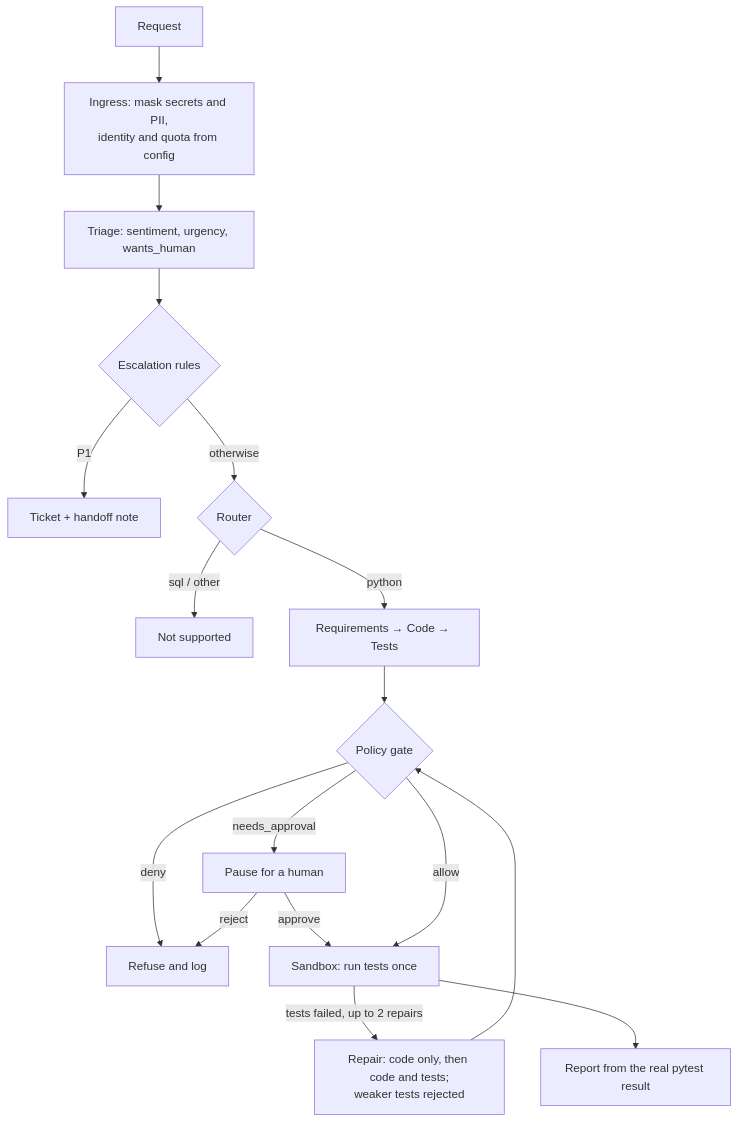
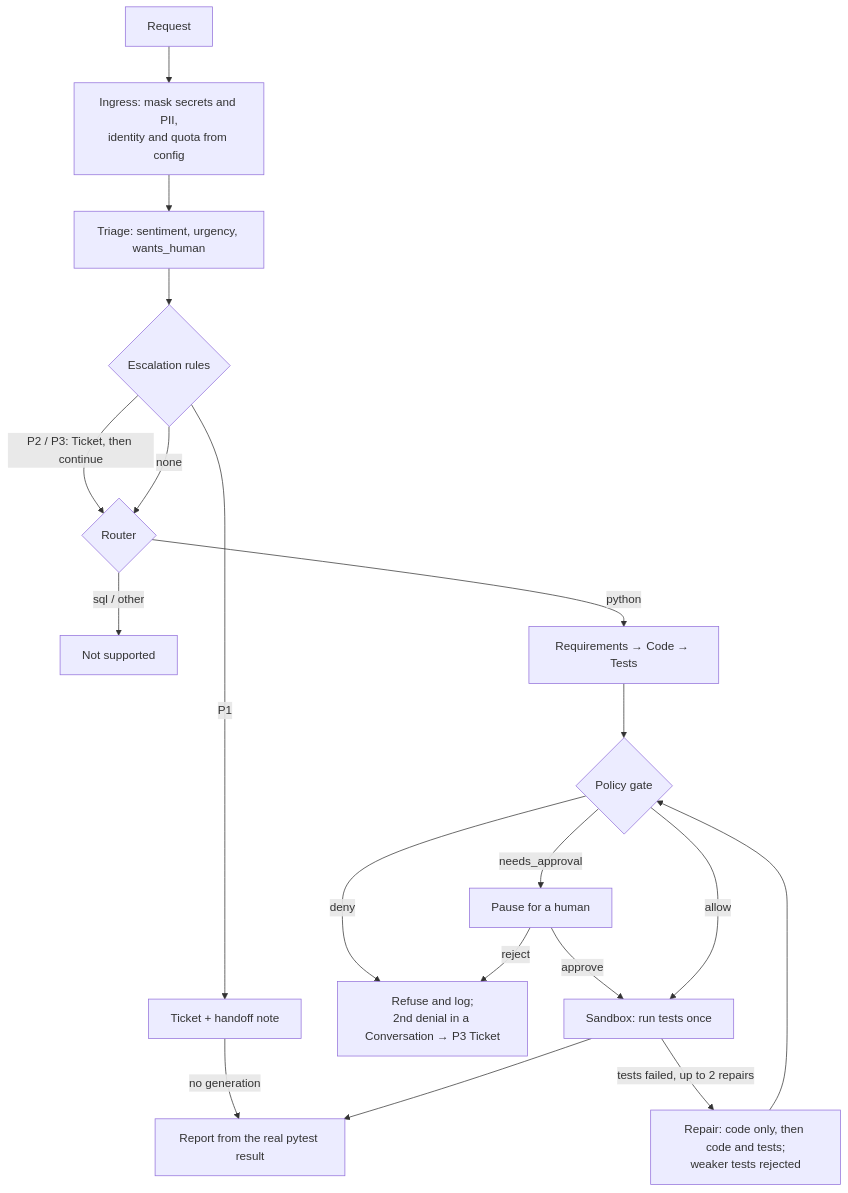
Before and after one commit to dipanshuCodes/codeforge: the diagram in README.md, drawn with Mermaid. The commit also changed 2 other files, not shown here.

Commit message:
docs(R3): README flowchart and tracker evidence
Refs #8

````diff
--- a/README.md
+++ b/README.md
@@ -34,19 +34,21 @@
 ```mermaid
 flowchart TD
     A[Request] --> B[Ingress: mask secrets and PII,<br/>identity and quota from config]
     B --> C[Triage: sentiment, urgency, wants_human]
     C --> D{Escalation rules}
     D -- P1 --> T[Ticket + handoff note]
-    D -- otherwise --> E{Router}
+    T -- "no generation" --> P
+    D -- "P2 / P3: Ticket, then continue" --> E
+    D -- none --> E{Router}
     E -- sql / other --> U[Not supported]
     E -- python --> F[Requirements → Code → Tests]
     F --> G{Policy gate}
-    G -- deny --> R[Refuse and log]
+    G -- deny --> R[Refuse and log;<br/>2nd denial in a Conversation → P3 Ticket]
     G -- needs_approval --> H[Pause for a human]
     H -- reject --> R
     H -- approve --> X
     G -- allow --> X[Sandbox: run tests once]
     X -- tests failed, up to 2 repairs --> V[Repair: code only, then code and tests;<br/>weaker tests rejected]
     V --> G
     X --> P[Report from the real pytest result]
 ```
````
